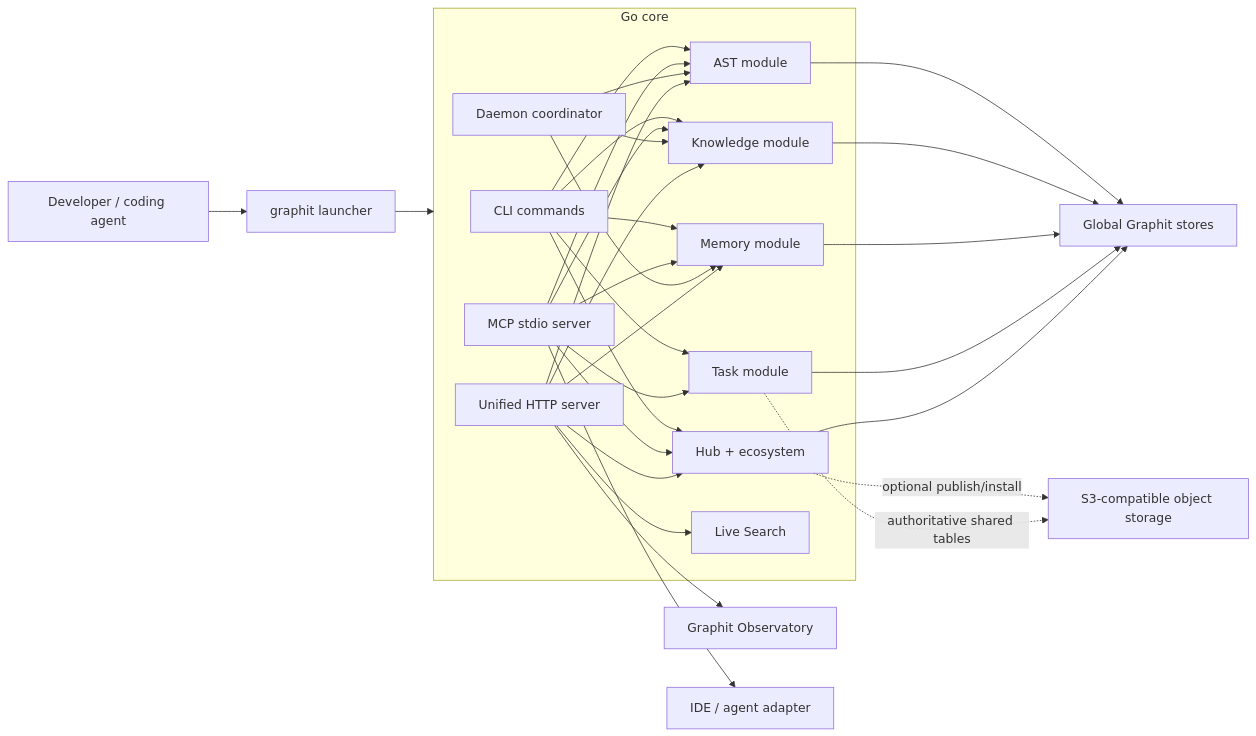
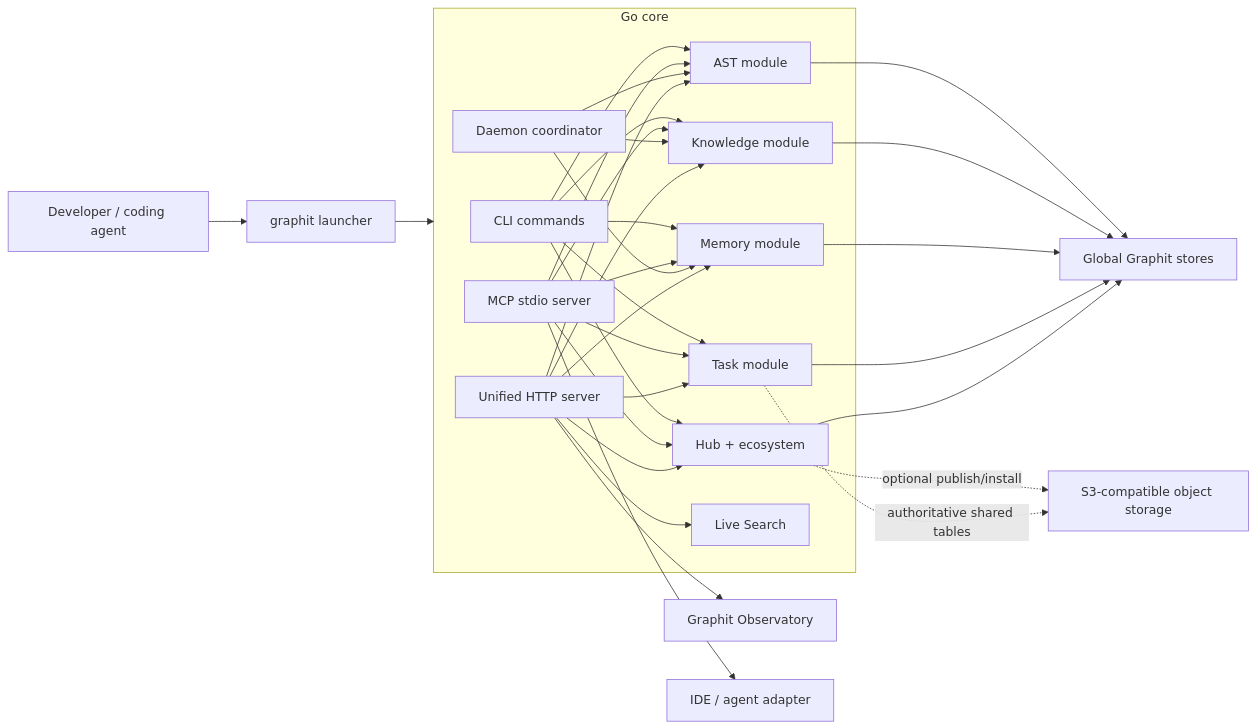
Before and after one commit to graphit-labs/graphit-code: the diagram in docs/architecture/architecture_overview.md, drawn with Mermaid. The commit also changed other lines of this file and 33 other files, not shown here.

````diff
--- a/docs/architecture/architecture_overview.md
+++ b/docs/architecture/architecture_overview.md
@@ -7,47 +7,48 @@
 ```mermaid
 flowchart LR
     User["Developer / coding agent"] --> Launcher["graphit launcher"]
     Launcher --> Core["graphit-core"]
 
     subgraph Core["Go core"]
       CLI["CLI commands"]
       MCP["MCP stdio server"]
       Daemon["Daemon coordinator"]
       UI["Unified HTTP server"]
       AST["AST module"]
       Knowledge["Knowledge module"]
       Memory["Memory module"]
       Task["Task module"]
       Hub["Hub + ecosystem"]
       Live["Live Search"]
     end
 
     CLI --> AST
     CLI --> Knowledge
     CLI --> Memory
     CLI --> Task
     CLI --> Hub
     MCP --> AST
     MCP --> Knowledge
     MCP --> Memory
     MCP --> Task
     MCP --> Hub
     Daemon --> AST
     Daemon --> Knowledge
     Daemon --> Memory
     UI --> AST
     UI --> Knowledge
     UI --> Memory
+    UI --> Task
     UI --> Hub
     UI --> Live
 
     AST --> Global["Global Graphit stores"]
     Knowledge --> Global
     Memory --> Global
     Task --> Global
     Hub --> Global
     Hub -. optional publish/install .-> S3["S3-compatible object storage"]
     Task -. authoritative shared tables .-> S3
     UI --> Browser["Graphit Observatory"]
     MCP --> IDE["IDE / agent adapter"]
 ```
````
